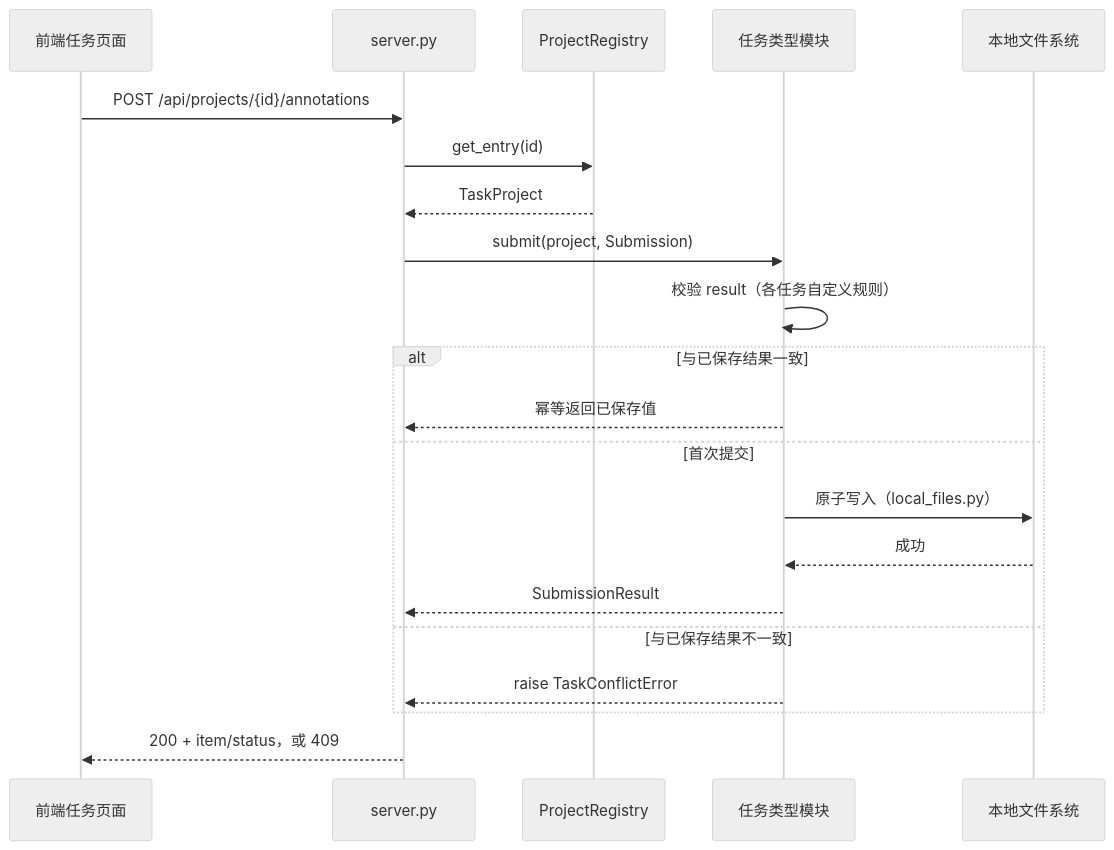
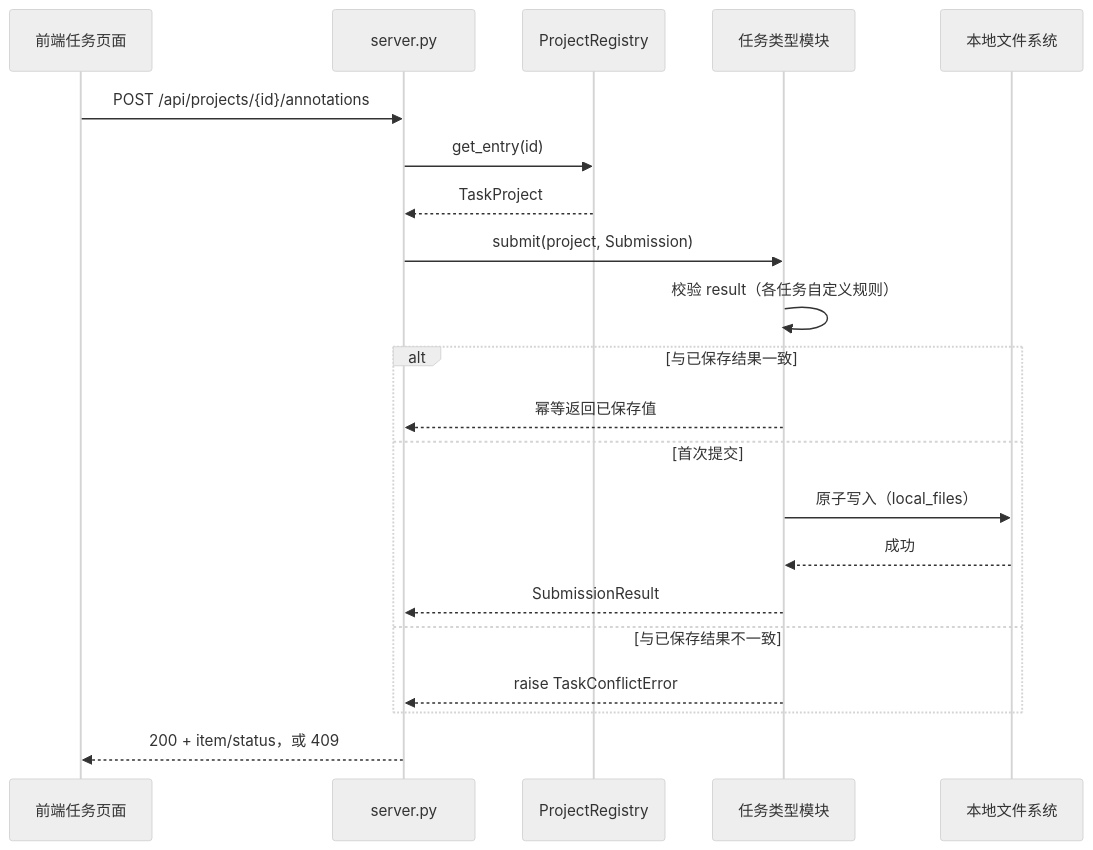
Before and after one commit to seagochen/annotation-toolkits: the diagram in docs/detailed_design/20_标注平台后端.md, drawn with Mermaid (neutral theme). The commit also changed other lines of this file and 21 other files, not shown here.

````diff
--- a/docs/detailed_design/20_标注平台后端.md
+++ b/docs/detailed_design/20_标注平台后端.md
@@ -63,24 +62,24 @@
 ```mermaid
 sequenceDiagram
     participant FE as 前端任务页面
     participant API as server.py
     participant Reg as ProjectRegistry
     participant Mod as 任务类型模块
     participant FS as 本地文件系统
 
     FE->>API: POST /api/projects/{id}/annotations
     API->>Reg: get_entry(id)
     Reg-->>API: TaskProject
     API->>Mod: submit(project, Submission)
     Mod->>Mod: 校验 result（各任务自定义规则）
     alt 与已保存结果一致
         Mod-->>API: 幂等返回已保存值
     else 首次提交
-        Mod->>FS: 原子写入（local_files.py）
+        Mod->>FS: 原子写入（local_files）
         FS-->>Mod: 成功
         Mod-->>API: SubmissionResult
     else 与已保存结果不一致
         Mod-->>API: raise TaskConflictError
     end
     API-->>FE: 200 + item/status，或 409
 ```
````
